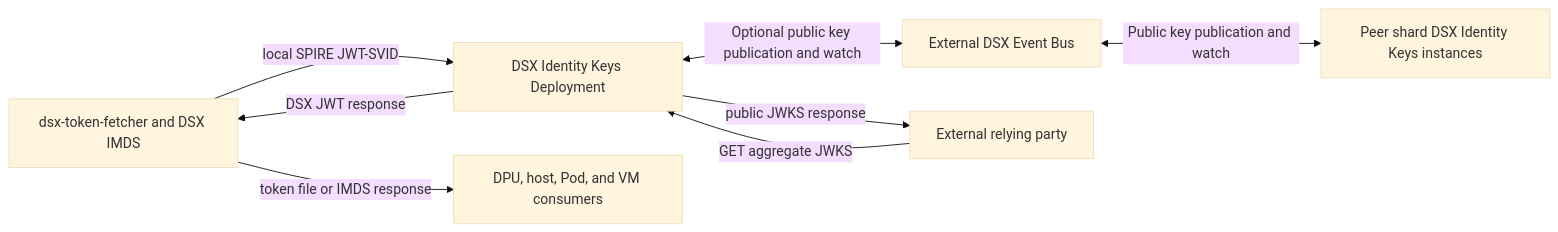
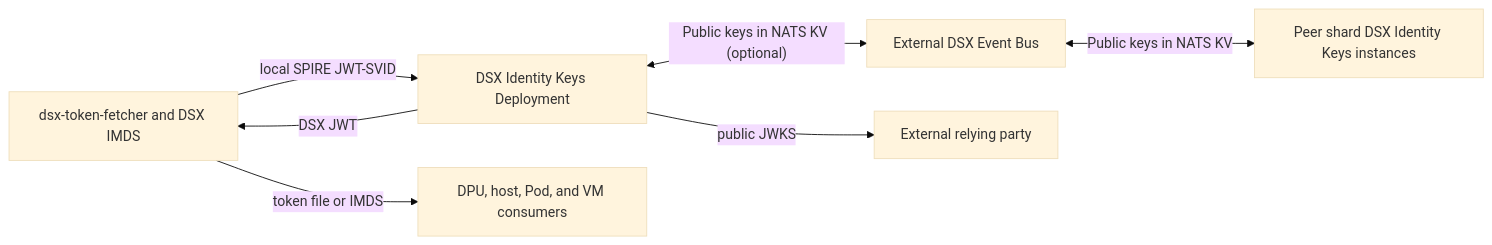
The fourth of 4 diagrams in README.md (dsx-ai-factory/nvidia-workload-identity), drawn with Mermaid (base theme) before and after one commit. The commit also changed other lines of this file, not shown here.

````diff
--- a/README.md
+++ b/README.md
@@ -407,14 +317,13 @@
 ```mermaid
 flowchart LR
   Local["dsx-token-fetcher and DSX IMDS"]
   IdentityKeys["DSX Identity Keys Deployment"]
   Consumers["DPU, host, Pod, and VM consumers"]
 
   Local -->|"local SPIRE JWT-SVID"| IdentityKeys
-  IdentityKeys -->|"DSX JWT response"| Local
-  Local -->|"token file or IMDS response"| Consumers
-  IdentityKeys <-->|"Optional public key publication and watch"| Bus["External DSX Event Bus"]
-  Bus <-->|"Public key publication and watch"| Peers["Peer shard DSX Identity Keys instances"]
-  RelyingParty["External relying party"] -->|"GET aggregate JWKS"| IdentityKeys
-  IdentityKeys -->|"public JWKS response"| RelyingParty
+  IdentityKeys -->|"DSX JWT"| Local
+  Local -->|"token file or IMDS"| Consumers
+  IdentityKeys <-->|"Public keys in NATS KV (optional)"| Bus["External DSX Event Bus"]
+  Bus <-->|"Public keys in NATS KV"| Peers["Peer shard DSX Identity Keys instances"]
+  IdentityKeys -->|"public JWKS"| RelyingParty["External relying party"]
 ```
````
